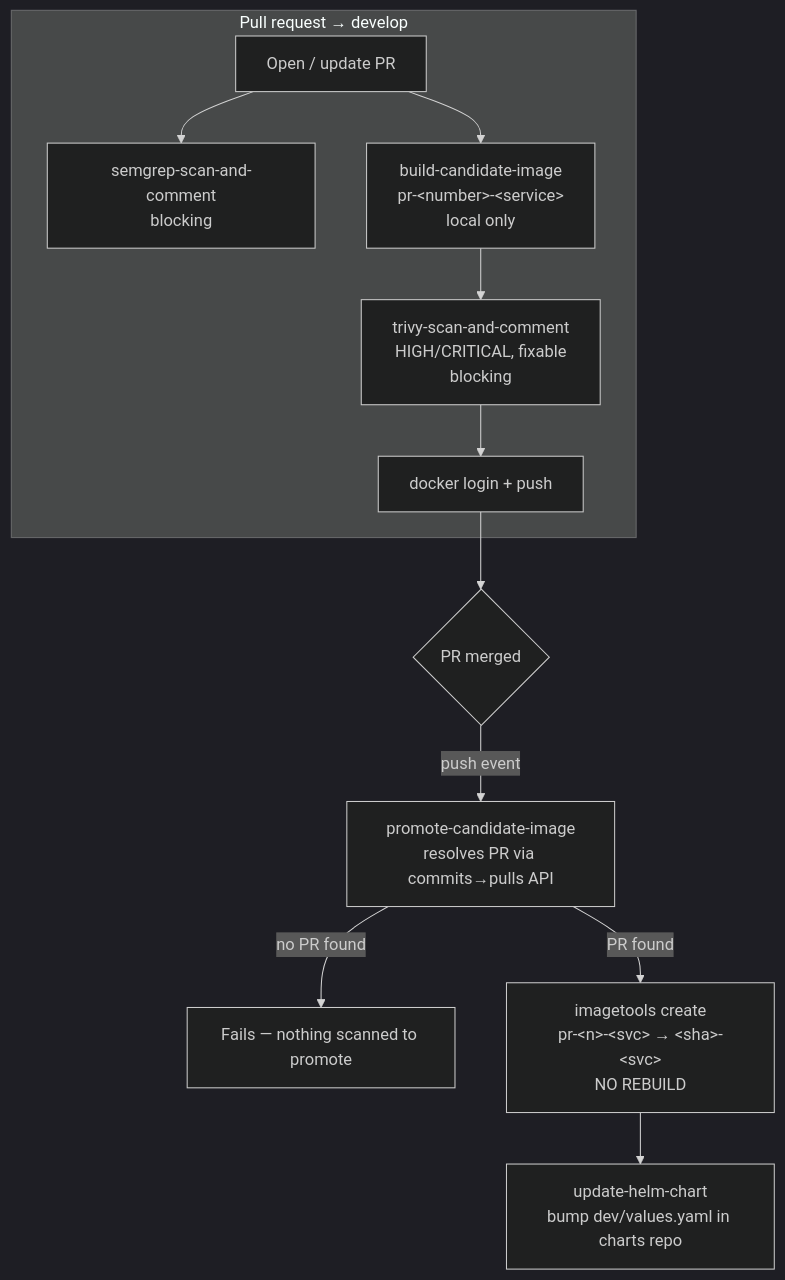
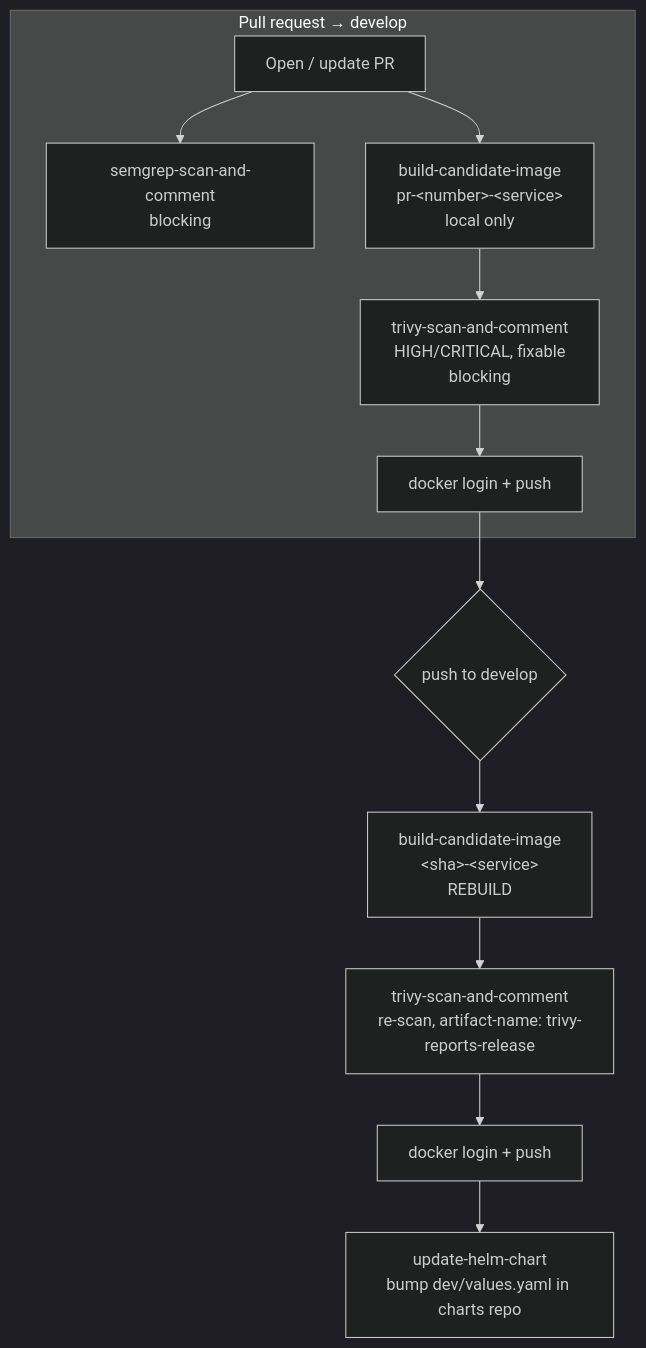
The diagram in docs/using/dev-pipeline.md (atkaridarshan04/shared-ci-actions), drawn with Mermaid (dark theme) before and after one commit. The commit also changed other lines of this file and 10 other files, not shown here.

````diff
--- a/docs/using/dev-pipeline.md
+++ b/docs/using/dev-pipeline.md
@@ -23,15 +29,15 @@
 ```mermaid
 flowchart TD
     subgraph PR["Pull request → develop"]
         A[Open / update PR] --> B["semgrep-scan-and-comment<br/>blocking"]
         A --> C["build-candidate-image<br/>pr-&lt;number&gt;-&lt;service&gt;<br/>local only"]
         C --> D["trivy-scan-and-comment<br/>HIGH/CRITICAL, fixable<br/>blocking"]
         D --> E["docker login + push"]
     end
 
-    E --> M{PR merged}
-    M -->|push event| F1["promote-candidate-image<br/>resolves PR via commits→pulls API"]
-    F1 -->|no PR found| X["Fails — nothing scanned to promote"]
-    F1 -->|PR found| F2["imagetools create<br/>pr-&lt;n&gt;-&lt;svc&gt; → &lt;sha&gt;-&lt;svc&gt;<br/>NO REBUILD"]
-    F2 --> G["update-helm-chart<br/>bump dev/values.yaml in charts repo"]
+    E --> M{push to develop}
+    M --> F1["build-candidate-image<br/>&lt;sha&gt;-&lt;service&gt;<br/>REBUILD"]
+    F1 --> F2["trivy-scan-and-comment<br/>re-scan, artifact-name: trivy-reports-release"]
+    F2 --> F3["docker login + push"]
+    F3 --> G["update-helm-chart<br/>bump dev/values.yaml in charts repo"]
 ```
````
